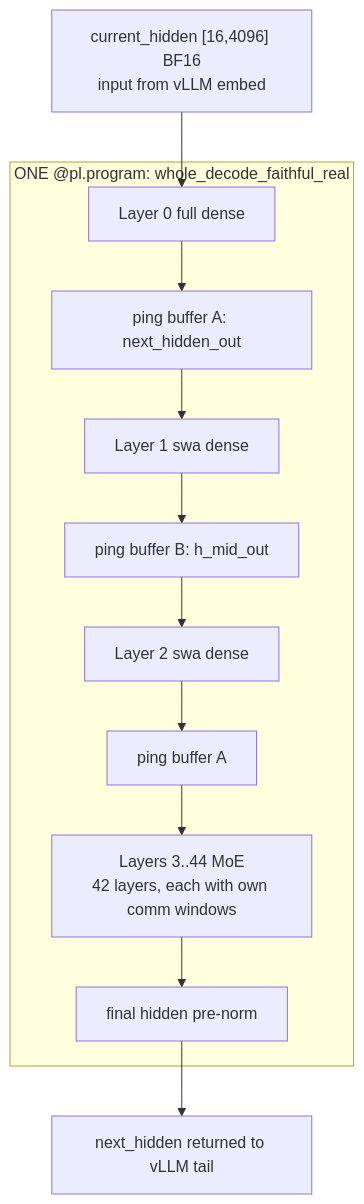
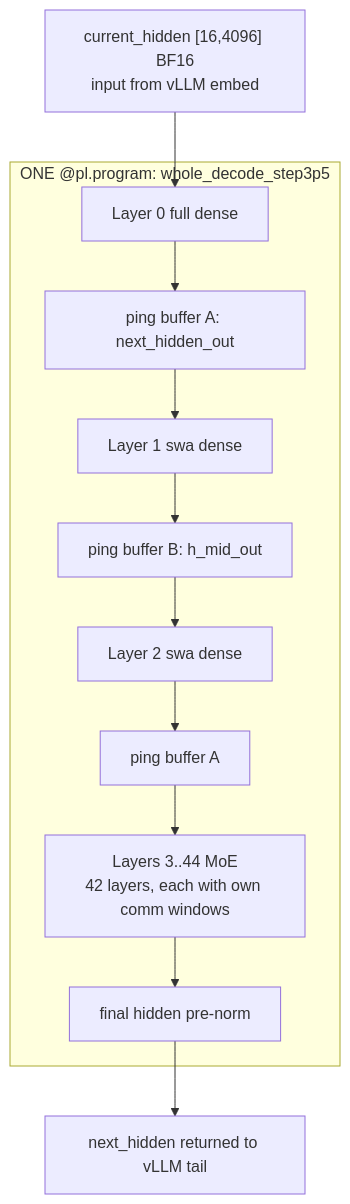
One commit to csy0225/pypto-project changed the third of 5 diagrams in design/vllm-pypto/02-detailed-design.md. Above: the diagram before and after it, drawn with Mermaid. The commit also changed other lines of this file and 19 other files, not shown here.

````diff
--- a/design/vllm-pypto/02-detailed-design.md
+++ b/design/vllm-pypto/02-detailed-design.md
@@ -213,11 +213,11 @@
 ```mermaid
 flowchart TD
     H0["current_hidden [16,4096] BF16\ninput from vLLM embed"] --> L0
-    subgraph WNET["ONE @pl.program: whole_decode_faithful_real"]
+    subgraph WNET["ONE @pl.program: whole_decode_step3p5"]
         L0["Layer 0 full dense"] --> H1["ping buffer A: next_hidden_out"]
         H1 --> L1["Layer 1 swa dense"] --> H2["ping buffer B: h_mid_out"]
         H2 --> L2["Layer 2 swa dense"] --> H3["ping buffer A"]
         H3 --> M["Layers 3..44 MoE\n42 layers, each with own comm windows"] --> HF["final hidden pre-norm"]
     end
     HF --> OUT["next_hidden returned to vLLM tail"]
 ```
````
